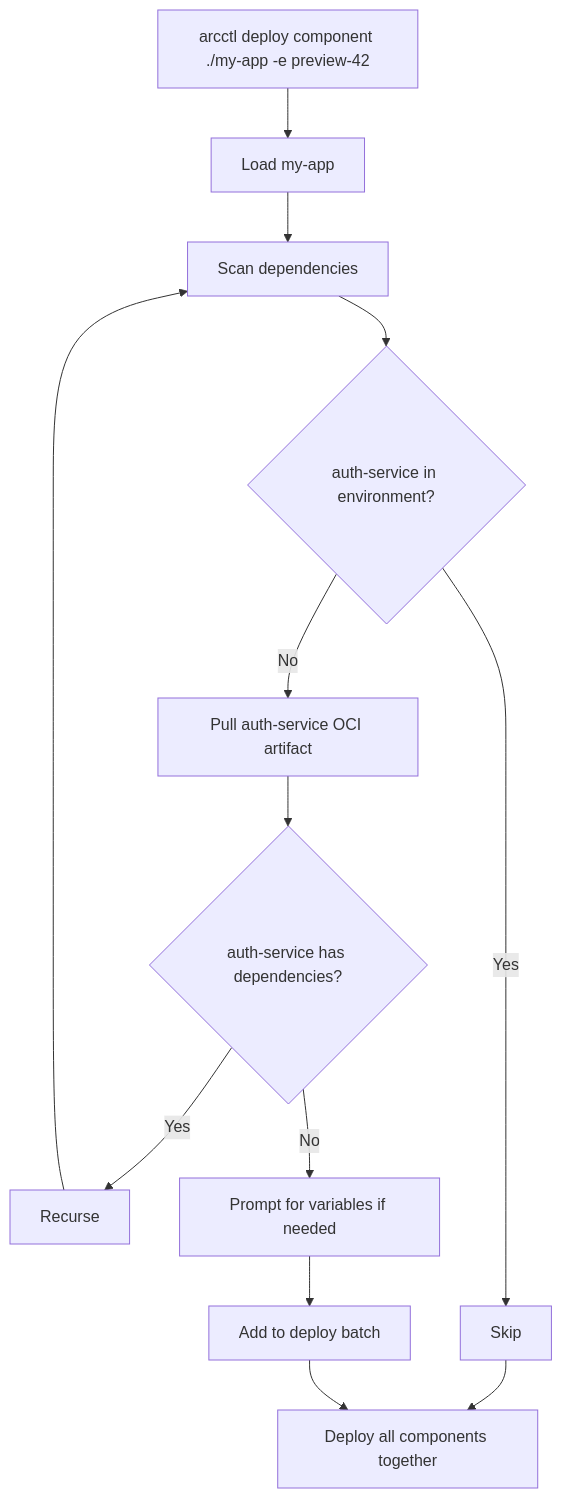
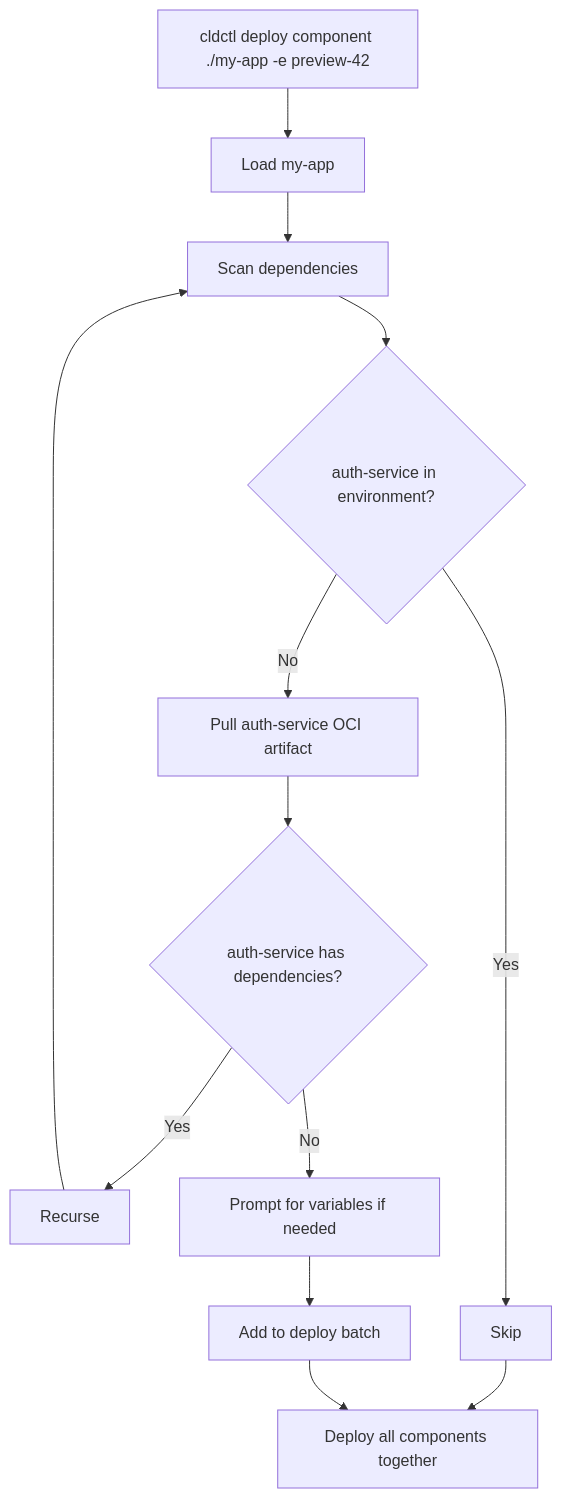
One commit to davidthor/arcctl changed the diagram in docs/guides/components/dependency-deployment.mdx. Above: the diagram before and after it, drawn with Mermaid. The commit also changed other lines of this file and 441 other files, not shown here.

````diff
--- a/docs/guides/components/dependency-deployment.mdx
+++ b/docs/guides/components/dependency-deployment.mdx
@@ -23,15 +23,15 @@
 ```mermaid
 flowchart TD
-    A["arcctl deploy component ./my-app -e preview-42"] --> B[Load my-app]
+    A["cldctl deploy component ./my-app -e preview-42"] --> B[Load my-app]
     B --> C[Scan dependencies]
     C --> D{auth-service in environment?}
     D -- Yes --> E[Skip]
     D -- No --> F[Pull auth-service OCI artifact]
     F --> G{auth-service has dependencies?}
     G -- Yes --> H[Recurse]
     G -- No --> I[Prompt for variables if needed]
     I --> J[Add to deploy batch]
     E --> K[Deploy all components together]
     J --> K
     H --> C
 ```
````
